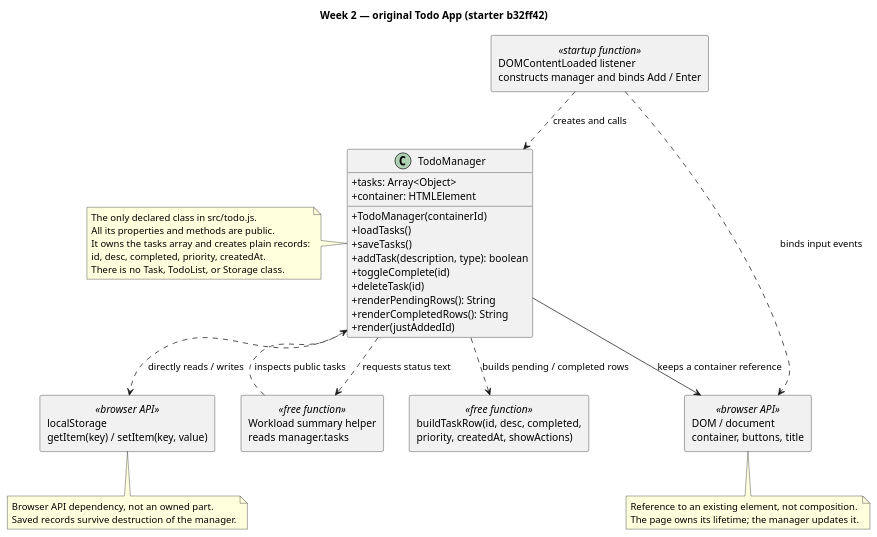
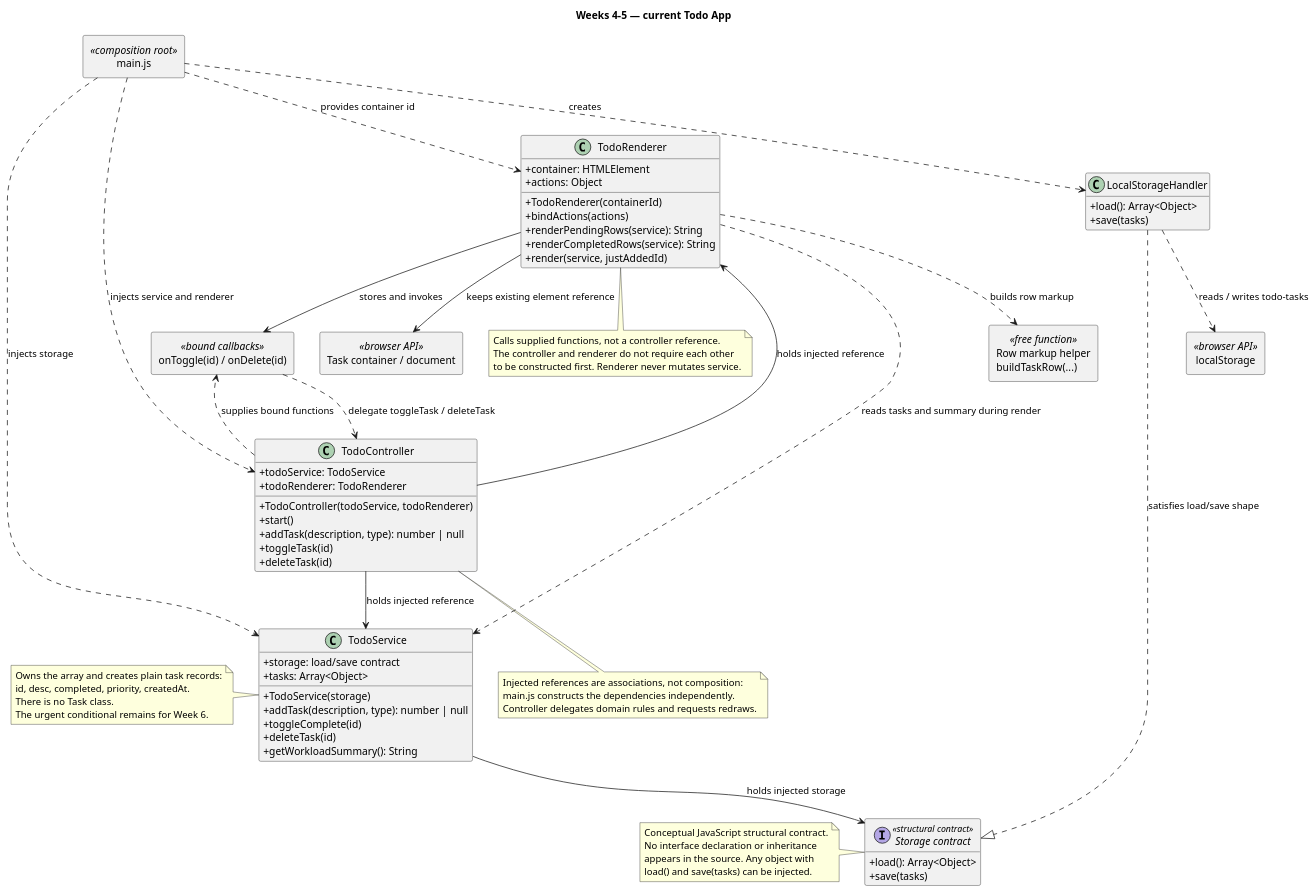
The diagram in docs/class-diagram.puml (ymorina/swen383-todo), drawn with PlantUML before and after one commit. The commit also changed 6 other files, not shown here.

Commit message:
docs: record Weeks 1-5 checkpoints and update UML for the final design

```diff
--- a/docs/class-diagram.puml
+++ b/docs/class-diagram.puml
@@ -1,52 +1,86 @@
 @startuml ClassDiagram
 allowmixing
-title Week 2 — original Todo App (starter b32ff42)
+title Weeks 4–5 — current Todo App
 skinparam classAttributeIconSize 0
 hide empty members
 
-class TodoManager {
+class TodoService {
+  + storage: load/save contract
   + tasks: Array<Object>
-  + container: HTMLElement
-  + TodoManager(containerId)
-  + loadTasks()
-  + saveTasks()
-  + addTask(description, type): boolean
+  + TodoService(storage)
+  + addTask(description, type): number | null
   + toggleComplete(id)
   + deleteTask(id)
-  + renderPendingRows(): String
-  + renderCompletedRows(): String
-  + render(justAddedId)
+  + getWorkloadSummary(): String
 }
+class TodoRenderer {
+  + container: HTMLElement
+  + actions: Object
+  + TodoRenderer(containerId)
+  + bindActions(actions)
+  + renderPendingRows(service): String
+  + renderCompletedRows(service): String
+  + render(service, justAddedId)
+}
+class TodoController {
+  + todoService: TodoService
+  + todoRenderer: TodoRenderer
+  + TodoController(todoService, todoRenderer)
+  + start()
+  + addTask(description, type): number | null
+  + toggleTask(id)
+  + deleteTask(id)
+}
+class LocalStorageHandler {
+  + load(): Array<Object>
+  + save(tasks)
+}
+interface "Storage contract" as Storage <<structural contract>> {
+  + load(): Array<Object>
+  + save(tasks)
+}
+rectangle "main.js" as Main <<composition root>>
+rectangle "Row markup helper\nbuildTaskRow(...)" as Rows <<free function>>
+rectangle "onToggle(id) / onDelete(id)" as Actions <<bound callbacks>>
+rectangle "Task container / document" as DOM <<browser API>>
+rectangle "localStorage" as BrowserStorage <<browser API>>
 
-rectangle "localStorage\ngetItem(key) / setItem(key, value)" as Storage <<browser API>>
-rectangle "DOM / document\ncontainer, buttons, title" as DOM <<browser API>>
-rectangle "buildTaskRow(id, desc, completed,\npriority, createdAt, showActions)" as RowHelper <<free function>>
-rectangle "Workload summary helper\nreads manager.tasks" as SummaryHelper <<free function>>
-rectangle "DOMContentLoaded listener\nconstructs manager and binds Add / Enter" as Startup <<startup function>>
+Main ..> LocalStorageHandler : creates
+Main ..> TodoService : injects storage
+Main ..> TodoRenderer : provides container id
+Main ..> TodoController : injects service and renderer
+TodoController --> TodoService : holds injected reference
+TodoController --> TodoRenderer : holds injected reference
+TodoService --> Storage : holds injected storage
+LocalStorageHandler ..|> Storage : satisfies load/save shape
+LocalStorageHandler ..> BrowserStorage : reads / writes todo-tasks
+TodoRenderer ..> TodoService : reads tasks and summary during render
+TodoRenderer --> DOM : keeps existing element reference
+TodoRenderer ..> Rows : builds row markup
+TodoController ..> Actions : supplies bound functions
+TodoRenderer --> Actions : stores and invokes
+Actions ..> TodoController : delegate toggleTask / deleteTask
 
-TodoManager ..> Storage : directly reads / writes
-TodoManager --> DOM : keeps a container reference
-TodoManager ..> RowHelper : builds pending / completed rows
-TodoManager ..> SummaryHelper : requests status text
-SummaryHelper ..> TodoManager : inspects public tasks
-Startup ..> TodoManager : creates and calls
-Startup ..> DOM : binds input events
-
-note left of TodoManager
-  The only declared class in src/todo.js.
-  All its properties and methods are public.
-  It owns the tasks array and creates plain records:
+note left of Storage
+  Conceptual JavaScript structural contract.
+  No interface declaration or inheritance
+  appears in the source. Any object with
+  load() and save(tasks) can be injected.
+end note
+note left of TodoService
+  Owns the array and creates plain task records:
   id, desc, completed, priority, createdAt.
-  There is no Task, TodoList, or Storage class.
+  There is no Task class.
+  The urgent conditional remains for Week 6.
 end note
-
-note bottom of Storage
-  Browser API dependency, not an owned part.
-  Saved records survive destruction of the manager.
+note bottom of TodoRenderer
+  Calls supplied functions, not a controller reference.
+  The controller and renderer do not require each other
+  to be constructed first. Renderer never mutates service.
 end note
-
-note bottom of DOM
-  Reference to an existing element, not composition.
-  The page owns its lifetime; the manager updates it.
+note bottom of TodoController
+  Injected references are associations, not composition:
+  main.js constructs the dependencies independently.
+  Controller delegates domain rules and requests redraws.
 end note
 @enduml
```
